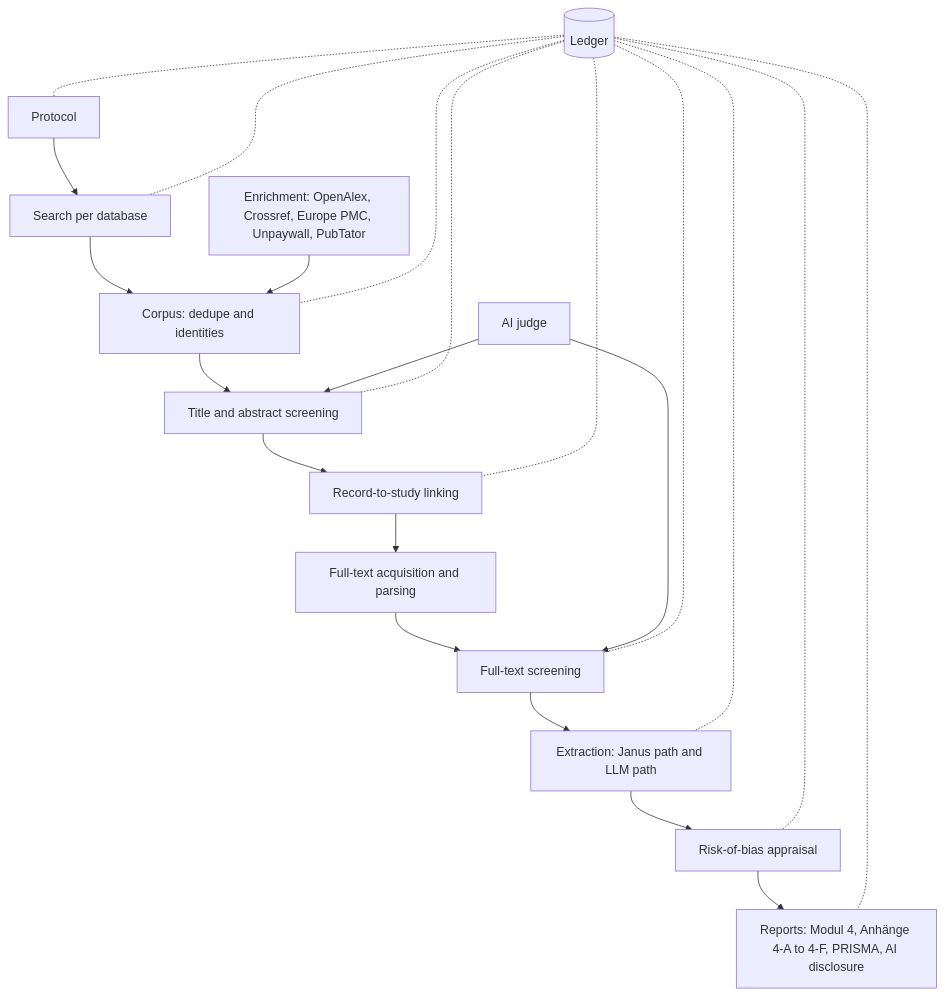
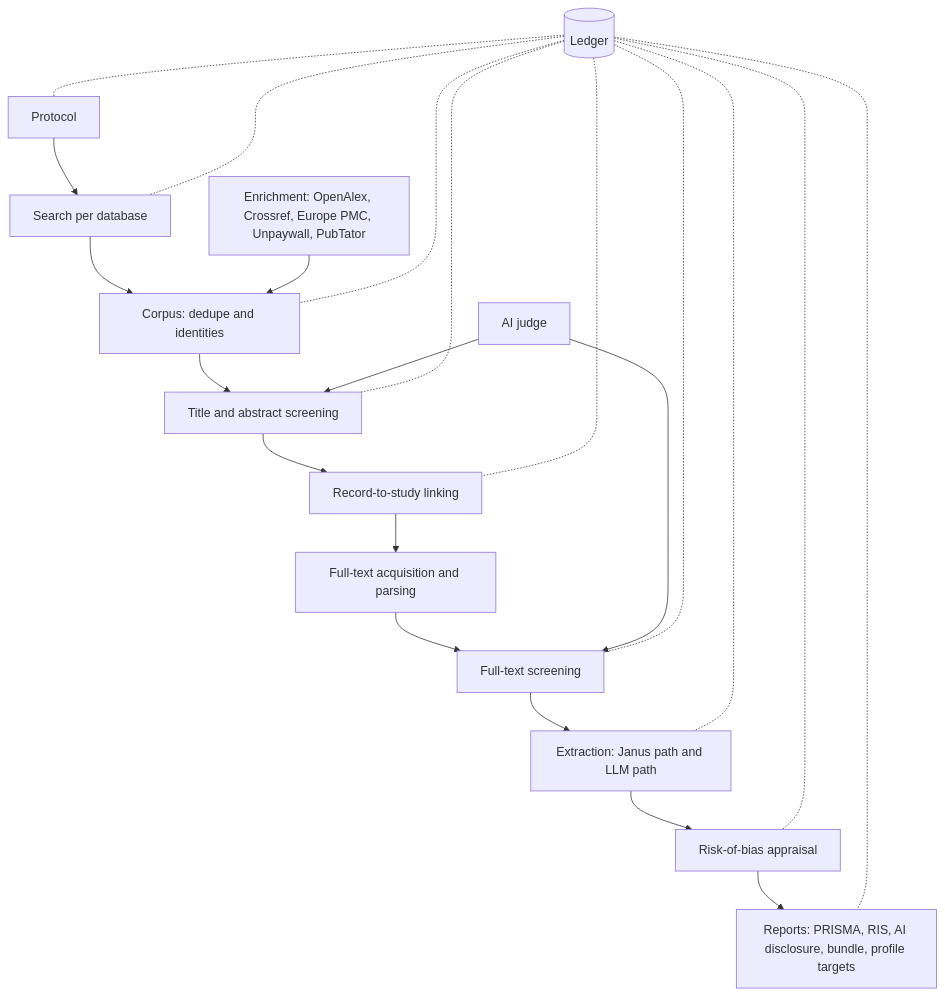
The diagram in kittum/DESIGN.md (sims1253/nebu), drawn with Mermaid before and after one commit. The commit also changed other lines of this file and 5 other files, not shown here.

````diff
--- a/kittum/DESIGN.md
+++ b/kittum/DESIGN.md
@@ -81,16 +98,16 @@
 ```mermaid
 flowchart TD
 	P[Protocol] --> S[Search per database]
 	S --> C[Corpus: dedupe and identities]
 	E[Enrichment: OpenAlex, Crossref, Europe PMC, Unpaywall, PubTator] --> C
 	C --> TA[Title and abstract screening]
 	J[AI judge] --> TA
 	TA --> ST[Record-to-study linking]
 	ST --> FT[Full-text acquisition and parsing]
 	FT --> FS[Full-text screening]
 	J --> FS
 	FS --> X[Extraction: Janus path and LLM path]
 	X --> A[Risk-of-bias appraisal]
-	A --> R[Reports: Modul 4, Anhänge 4-A to 4-F, PRISMA, AI disclosure]
+	A --> R[Reports: PRISMA, RIS, AI disclosure, bundle, profile targets]
 	L[(Ledger)] -.- P & S & C & TA & ST & FS & X & A & R
 ```
````
